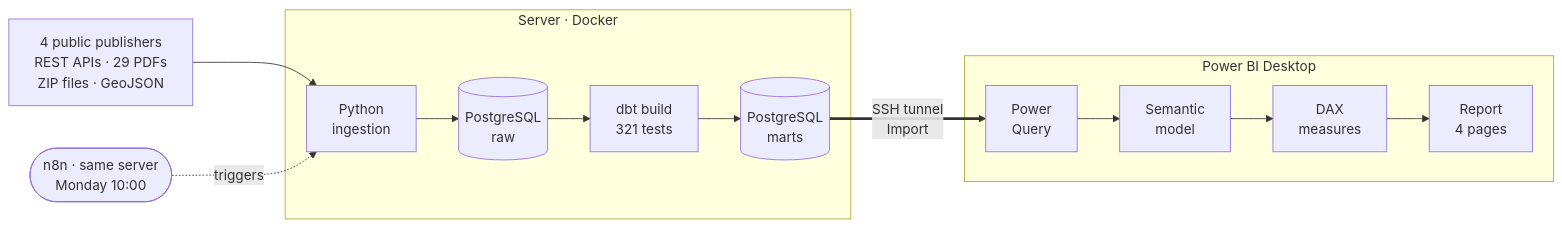
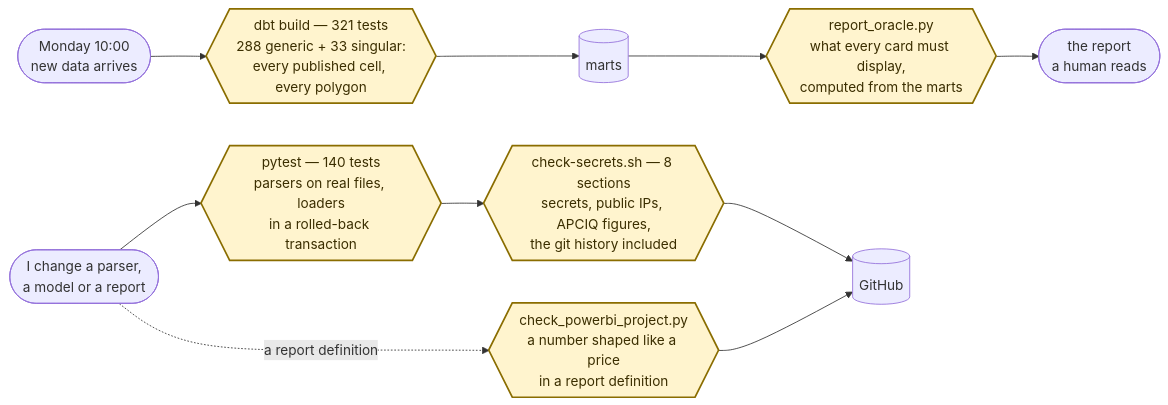
Before and after one commit to WealthFinPilot/montreal-housing-intelligence: the diagram in README.md, drawn with Mermaid. The commit also changed other lines of this file and 9 other files, not shown here.

First line of the commit message:
Draw the pipeline, the gates and the dbt graph, and repair the guard that never ran

````diff
--- a/README.md
+++ b/README.md
@@ -135,17 +161,22 @@
 ```mermaid
 flowchart LR
-  SRC["4 public publishers<br/>REST APIs · 29 PDFs<br/>ZIP files · GeoJSON"]
-  N8N(["n8n · same server<br/>Monday 10:00"])
+  CHANGE(["I change a parser,<br/>a model or a report"])
+  DATA(["Monday 10:00<br/>new data arrives"])
 
-  subgraph SRV["Server · Docker"]
-    PY["Python<br/>ingestion"] --> RAW[("PostgreSQL<br/>raw")] --> DBT["dbt build<br/>321 tests"] --> MART[("PostgreSQL<br/>marts")]
-  end
+  G1{{"pytest — 140 tests<br/>parsers on real files, loaders<br/>in a rolled-back transaction"}}
+  G2{{"check-secrets.sh — 8 sections<br/>secrets, public IPs, APCIQ figures,<br/>the git history included"}}
+  G3{{"check_powerbi_project.py<br/>a number shaped like a price<br/>in a report definition"}}
+  G4{{"dbt build — 321 tests<br/>288 generic + 33 singular:<br/>every published cell, every polygon"}}
+  G5{{"report_oracle.py<br/>what every card must display,<br/>computed from the marts"}}
 
-  subgraph PBI["Power BI Desktop"]
-    PQ["Power<br/>Query"] --> SM["Semantic<br/>model"] --> DAX["DAX<br/>measures"] --> REP["Report<br/>4 pages"]
-  end
+  GH[("GitHub")]
+  MART[("marts")]
+  REPORT(["the report<br/>a human reads"])
 
-  SRC --> PY
-  N8N -. triggers .-> PY
-  MART == "SSH tunnel<br/>Import" ==> PQ
+  CHANGE --> G1 --> G2 --> GH
+  CHANGE -. "a report definition" .-> G3 --> GH
+  DATA --> G4 --> MART --> G5 --> REPORT
+
+  classDef gate fill:#FFF4CE,stroke:#8A6D00,stroke-width:2px,color:#3B2E00
+  class G1,G2,G3,G4,G5 gate
 ```
````
